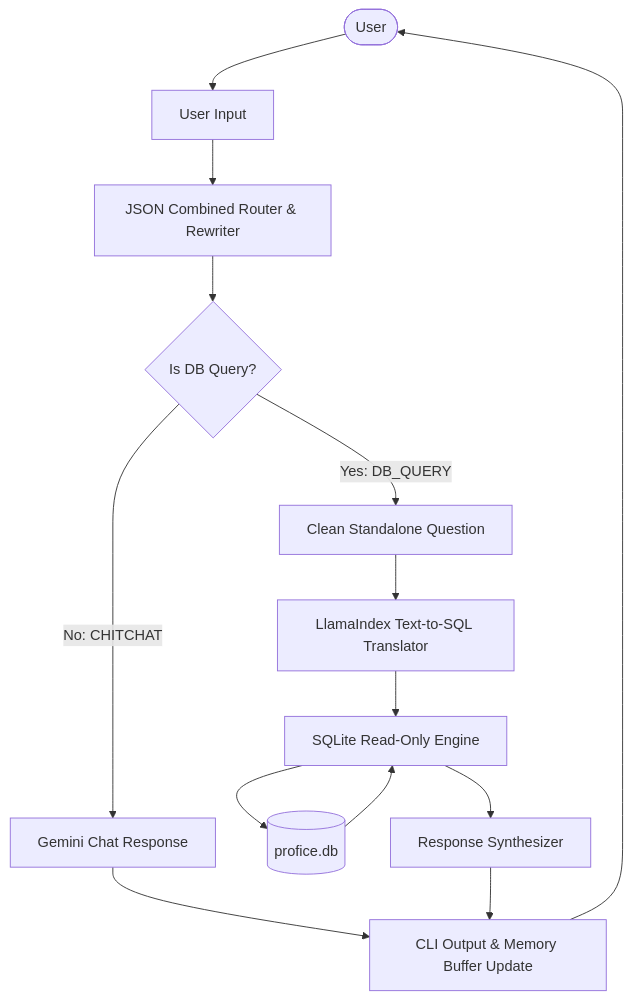
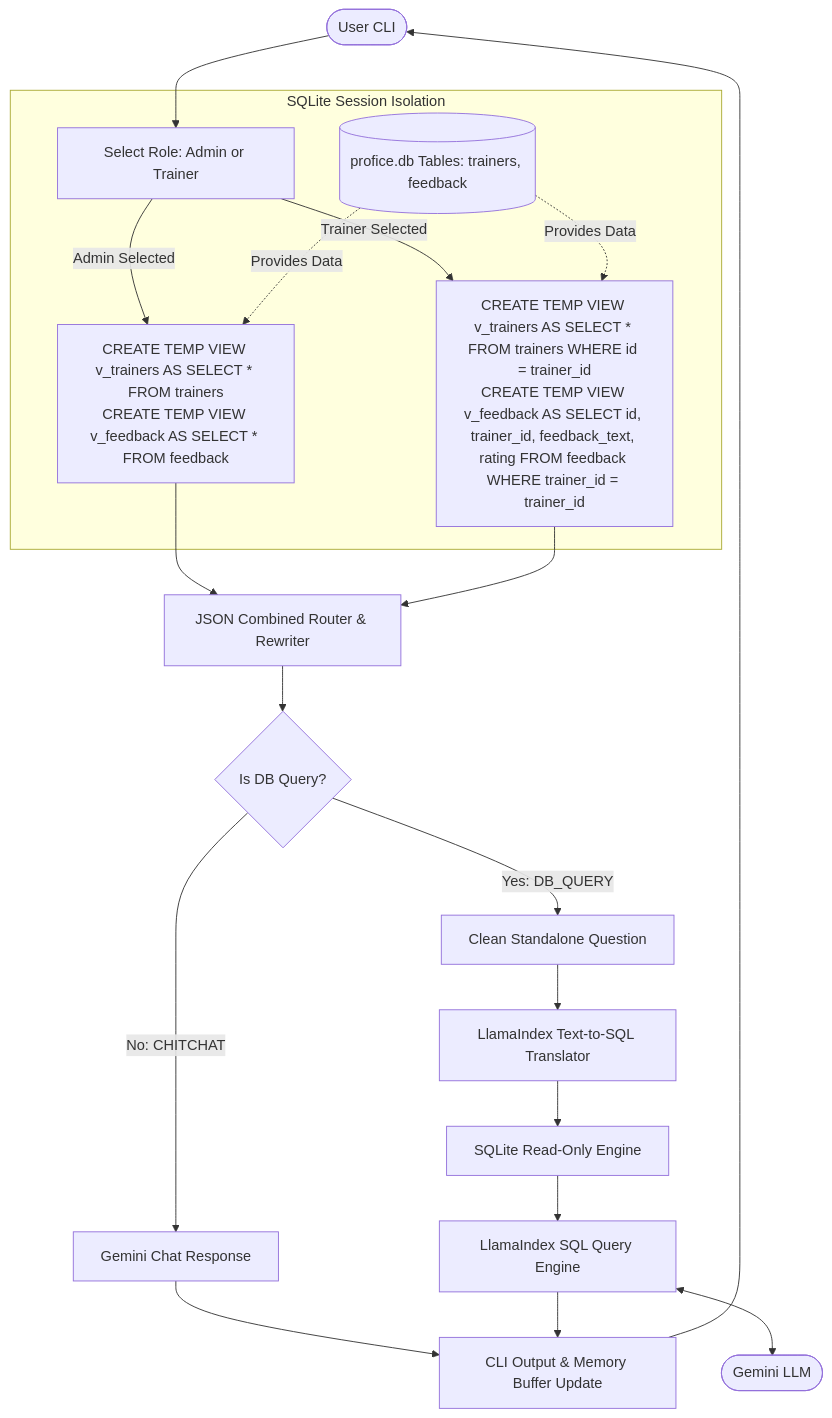
Before and after one commit to Shy4n7/SQL-RAG: the diagram in README.md, drawn with Mermaid. The commit also changed other lines of this file, not shown here.

Commit message:
Update README.md with secure RBAC architecture and view definitions

````diff
--- a/README.md
+++ b/README.md
@@ -9,18 +9,29 @@
 ```mermaid
 flowchart TD
-    User([User]) --> Input[User Input]
-    Input --> RouterRewriter[JSON Combined Router & Rewriter]
+    User([User CLI]) --> Authentication[Select Role: Admin or Trainer]
+    
+    subgraph SQLite Session Isolation
+        Authentication -->|Admin Selected| AdminViews[CREATE TEMP VIEW v_trainers AS SELECT * FROM trainers<br>CREATE TEMP VIEW v_feedback AS SELECT * FROM feedback]
+        Authentication -->|Trainer Selected| TrainerViews[CREATE TEMP VIEW v_trainers AS SELECT * FROM trainers WHERE id = trainer_id<br>CREATE TEMP VIEW v_feedback AS SELECT id, trainer_id, feedback_text, rating FROM feedback WHERE trainer_id = trainer_id]
+        
+        DB[(profice.db Tables: trainers, feedback)] -.->|Provides Data| AdminViews
+        DB -.->|Provides Data| TrainerViews
+    end
+    
+    AdminViews --> RouterRewriter[JSON Combined Router & Rewriter]
+    TrainerViews --> RouterRewriter
+    
     RouterRewriter --> GeminiRoute{Is DB Query?}
     
     GeminiRoute -- No: CHITCHAT --> ChatRes[Gemini Chat Response]
     GeminiRoute -- Yes: DB_QUERY --> SQLPrep[Clean Standalone Question]
     
     SQLPrep --> SQLGen[LlamaIndex Text-to-SQL Translator]
     SQLGen --> SQLRead[SQLite Read-Only Engine]
-    SQLRead --> DB[(profice.db)]
-    DB --> SQLRead
-    SQLRead --> NLRes[Response Synthesizer]
     
-    ChatRes & NLRes --> CLIOut[CLI Output & Memory Buffer Update]
+    SQLRead --> LlamaIndex[LlamaIndex SQL Query Engine]
+    LlamaIndex <--> Gemini([Gemini LLM])
+    
+    ChatRes & LlamaIndex --> CLIOut[CLI Output & Memory Buffer Update]
     CLIOut --> User
 ```
````
